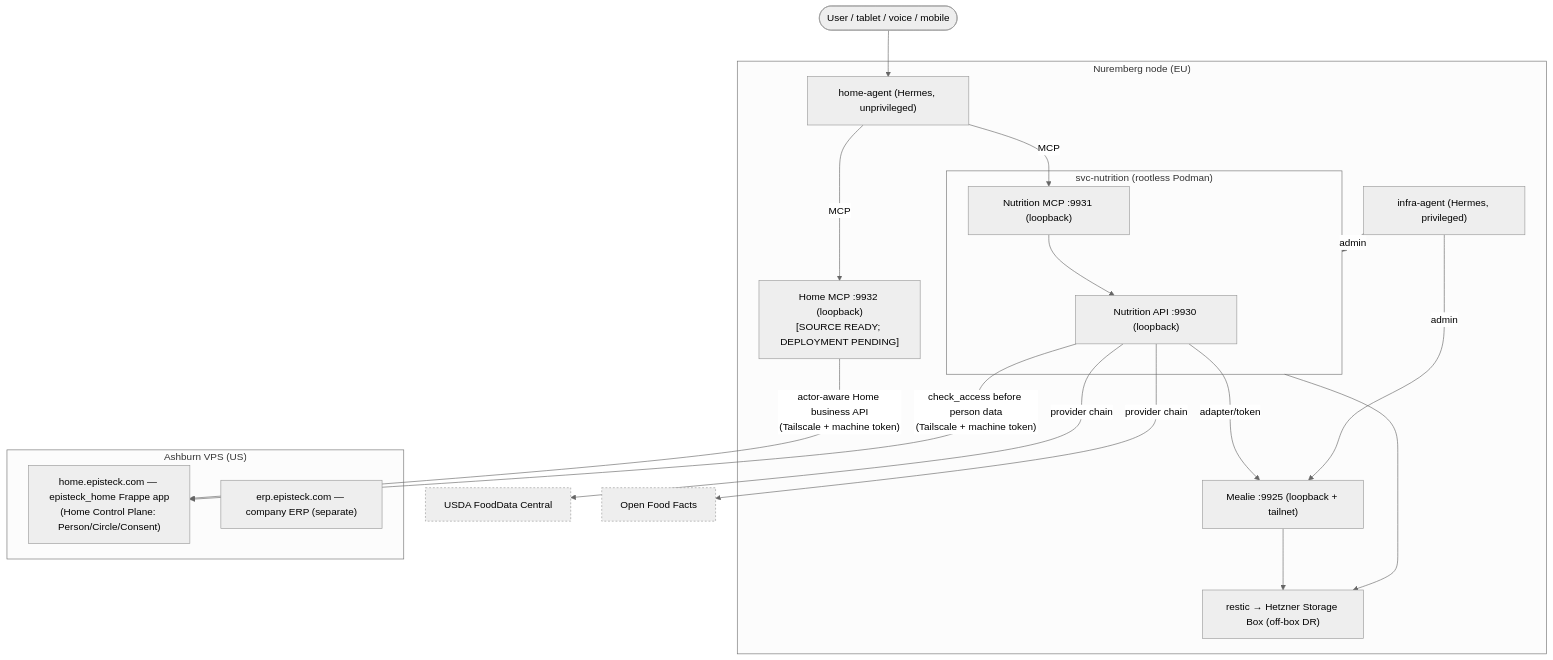
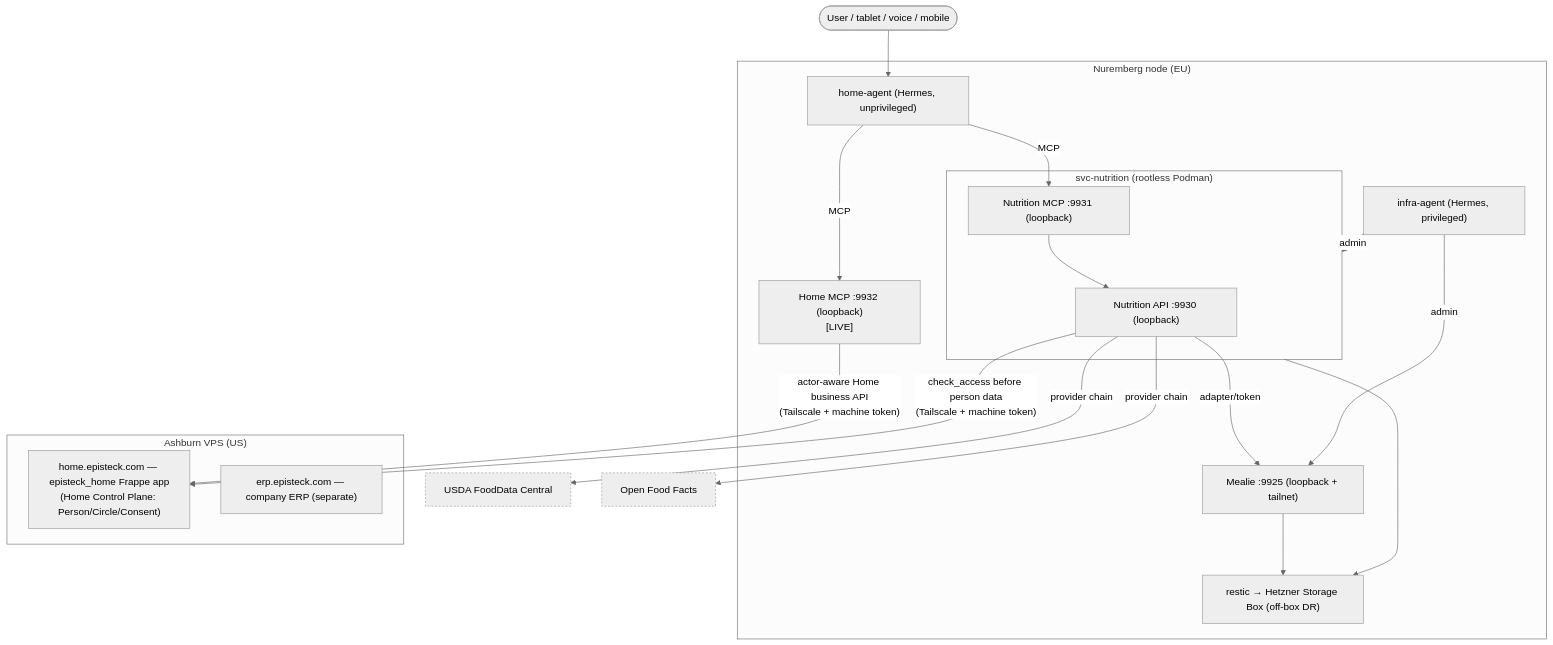
One commit to EKvargas/episteck_home changed the diagram in docs/architecture/ARCHITECTURE.md. Above: the diagram before and after it, drawn with Mermaid (neutral theme). The commit also changed other lines of this file and 6 other files, not shown here.

Commit message:
docs(architecture): close Stage G1.5 with live evidence

````diff
--- a/docs/architecture/ARCHITECTURE.md
+++ b/docs/architecture/ARCHITECTURE.md
@@ -33,40 +33,40 @@
 ```mermaid
 flowchart TB
   user([User / tablet / voice / mobile])
 
   subgraph NBG["Nuremberg node (EU)"]
     HA["home-agent (Hermes, unprivileged)"]
     IA["infra-agent (Hermes, privileged)"]
-    HMCP["Home MCP :9932 (loopback)<br/>[SOURCE READY; DEPLOYMENT PENDING]"]
+    HMCP["Home MCP :9932 (loopback)<br/>[LIVE]"]
     subgraph NUT["svc-nutrition (rootless Podman)"]
       NAPI["Nutrition API :9930 (loopback)"]
       NMCP["Nutrition MCP :9931 (loopback)"]
     end
     MEAL["Mealie :9925 (loopback + tailnet)"]
     BKP["restic → Hetzner Storage Box (off-box DR)"]
   end
 
   subgraph ASH["Ashburn VPS (US)"]
     HOME["home.episteck.com — episteck_home Frappe app<br/>(Home Control Plane: Person/Circle/Consent)"]
     ERP["erp.episteck.com — company ERP (separate)"]
   end
 
   FDC["USDA FoodData Central"]:::ext
   OFF["Open Food Facts"]:::ext
 
   user --> HA
   HA -- MCP --> HMCP
   HA -- MCP --> NMCP
   HMCP -- "actor-aware Home business API<br/>(Tailscale + machine token)" --> HOME
   NMCP --> NAPI
   NAPI -- adapter/token --> MEAL
   NAPI -- provider chain --> FDC
   NAPI -- provider chain --> OFF
   NAPI -- "check_access before person data<br/>(Tailscale + machine token)" --> HOME
   IA -- admin --> NUT
   IA -- admin --> MEAL
   NUT --> BKP
   MEAL --> BKP
 
   classDef ext fill:#eee,stroke:#999,stroke-dasharray:3 3;
 ```
````
